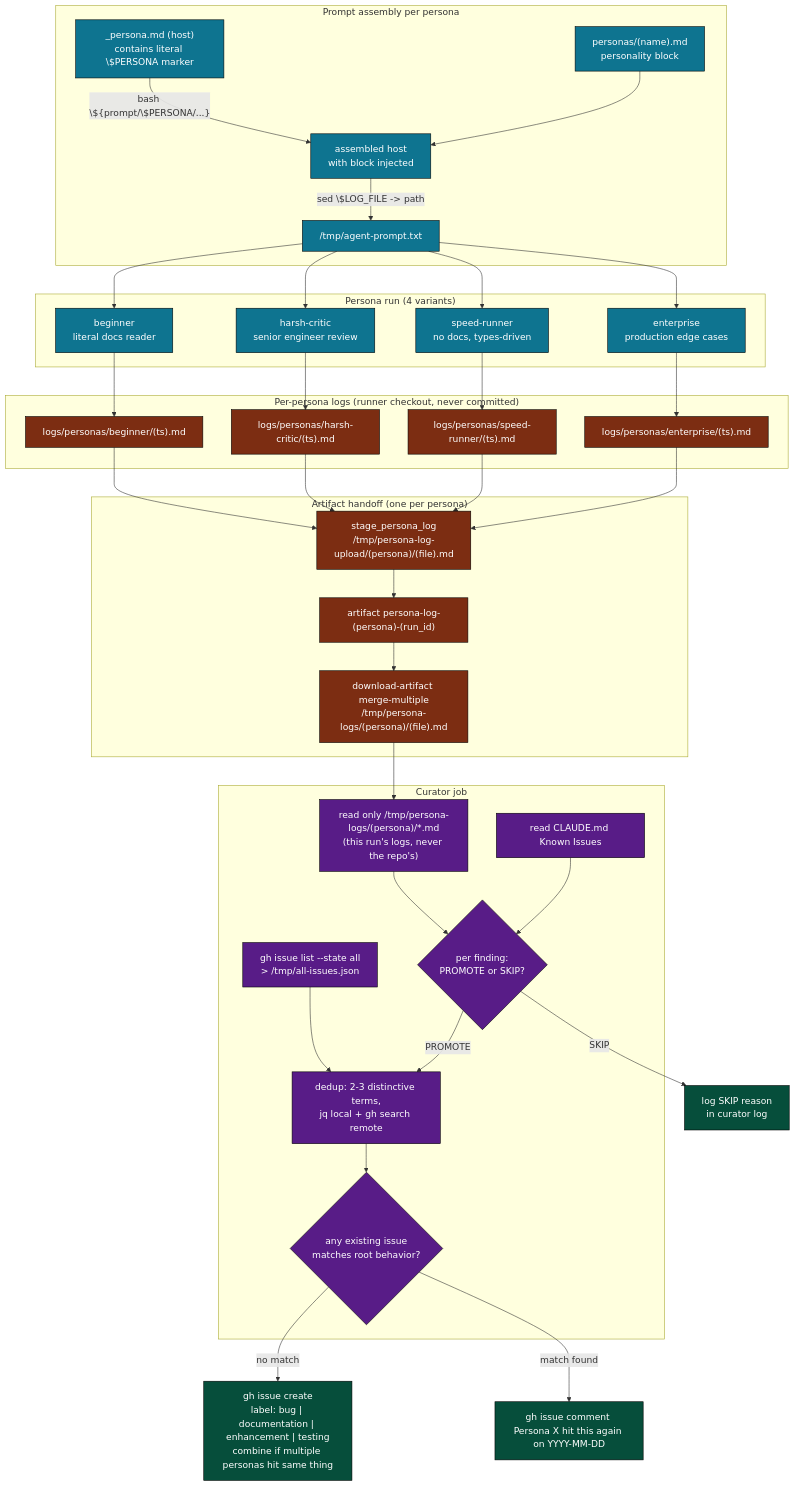
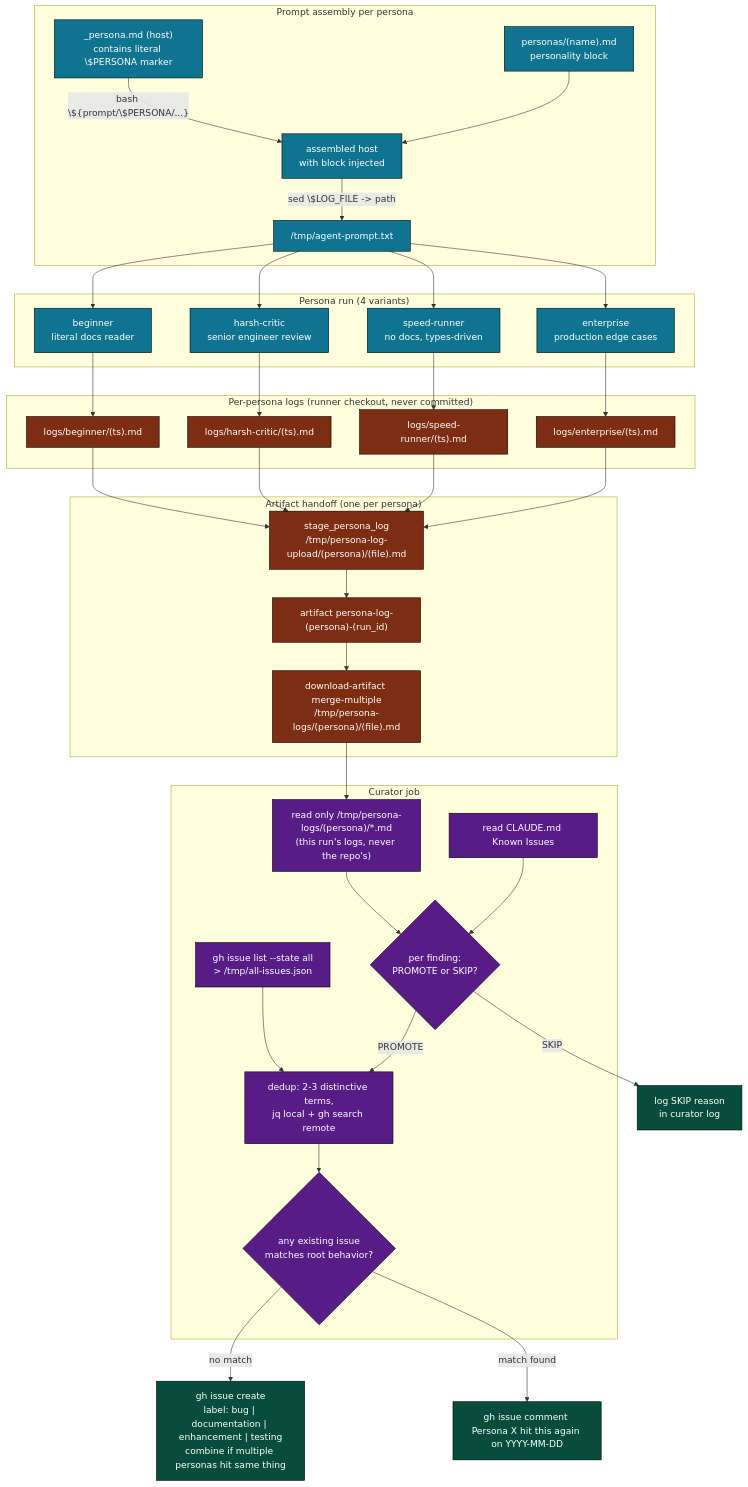
One commit to llm-exe/llm-exe changed the sixth of 12 diagrams in .github/docs/PERSONAS_RUN_DEEP_DIVE.md. Above: the diagram before and after it, drawn with Mermaid. The commit also changed other lines of this file and 2 other files, not shown here.

First line of the commit message:
docs: remove the remaining "persona logs are committed" claims

````diff
--- a/.github/docs/PERSONAS_RUN_DEEP_DIVE.md
+++ b/.github/docs/PERSONAS_RUN_DEEP_DIVE.md
@@ -360,71 +360,71 @@
 ```mermaid
 flowchart TB
     classDef persona fill:#0e7490,color:#fff,stroke:#000
     classDef log fill:#7c2d12,color:#fff,stroke:#000
     classDef cur fill:#581c87,color:#fff,stroke:#000
     classDef out fill:#064e3b,color:#fff,stroke:#000
 
     subgraph Hosts["Prompt assembly per persona"]
         H1["_persona.md (host)\ncontains literal \$PERSONA marker"]:::persona
         H2["personas/(name).md\npersonality block"]:::persona
         H1 -- "bash \${prompt/\$PERSONA/...}" --> H3["assembled host\nwith block injected"]:::persona
         H2 --> H3
         H3 -- "sed \$LOG_FILE -> path" --> H4["/tmp/agent-prompt.txt"]:::persona
     end
 
     subgraph Run["Persona run (4 variants)"]
         R1["beginner\nliteral docs reader"]:::persona
         R2["harsh-critic\nsenior engineer review"]:::persona
         R3["speed-runner\nno docs, types-driven"]:::persona
         R4["enterprise\nproduction edge cases"]:::persona
     end
 
     H4 --> R1
     H4 --> R2
     H4 --> R3
     H4 --> R4
 
     subgraph Logs["Per-persona logs (runner checkout, never committed)"]
-        L1["logs/personas/beginner/(ts).md"]:::log
-        L2["logs/personas/harsh-critic/(ts).md"]:::log
-        L3["logs/personas/speed-runner/(ts).md"]:::log
-        L4["logs/personas/enterprise/(ts).md"]:::log
+        L1["logs/beginner/(ts).md"]:::log
+        L2["logs/harsh-critic/(ts).md"]:::log
+        L3["logs/speed-runner/(ts).md"]:::log
+        L4["logs/enterprise/(ts).md"]:::log
     end
 
     R1 --> L1
     R2 --> L2
     R3 --> L3
     R4 --> L4
 
     subgraph Hop["Artifact handoff (one per persona)"]
         A1["stage_persona_log\n/tmp/persona-log-upload/(persona)/(file).md"]:::log
         A2["artifact persona-log-(persona)-(run_id)"]:::log
         A3["download-artifact merge-multiple\n/tmp/persona-logs/(persona)/(file).md"]:::log
         A1 --> A2 --> A3
     end
 
     L1 --> A1
     L2 --> A1
     L3 --> A1
     L4 --> A1
 
     subgraph Curator["Curator job"]
         C1["read only /tmp/persona-logs/(persona)/*.md\n(this run's logs, never the repo's)"]:::cur
         C2["read CLAUDE.md Known Issues"]:::cur
         C3["gh issue list --state all\n> /tmp/all-issues.json"]:::cur
         C4{"per finding:\nPROMOTE or SKIP?"}:::cur
         C5["dedup: 2-3 distinctive terms,\njq local + gh search remote"]:::cur
         C6{"any existing issue\nmatches root behavior?"}:::cur
         C1 --> C4
         C2 --> C4
         C3 --> C5
         C4 -->|PROMOTE| C5
         C5 --> C6
     end
 
     A3 --> C1
 
     C6 -->|no match| O1["gh issue create\nlabel: bug | documentation | enhancement | testing\ncombine if multiple personas hit same thing"]:::out
     C6 -->|match found| O2["gh issue comment <N>\nPersona X hit this again on YYYY-MM-DD"]:::out
     C4 -->|SKIP| O3["log SKIP reason\nin curator log"]:::out
 ```
````
